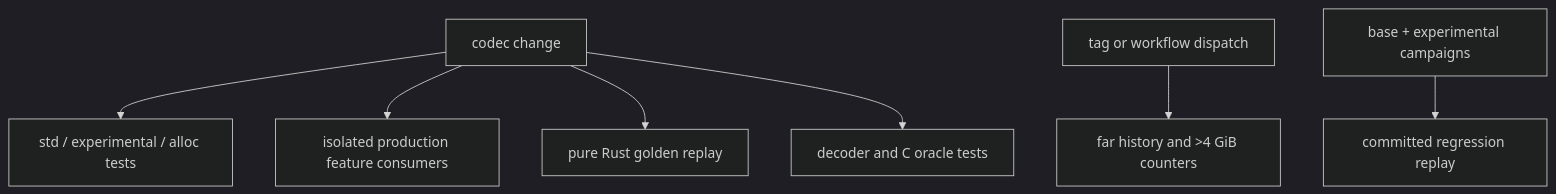
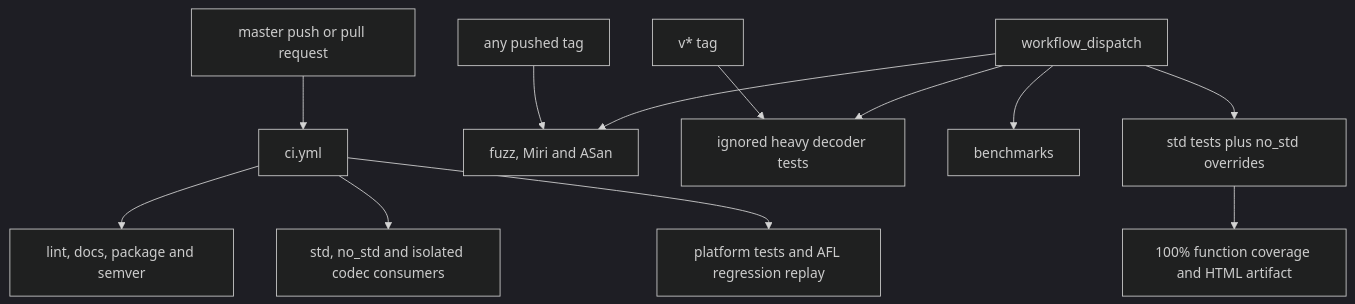
The diagram in architecture/ci.md (Mnwa/mbrotli), drawn with Mermaid (dark theme) before and after one commit. The commit also changed other lines of this file and 172 other files, not shown here.

````diff
--- a/architecture/ci.md
+++ b/architecture/ci.md
@@ -159,9 +19,14 @@
 ```mermaid
-graph TD
-    Change[codec change] --> Matrix[std / experimental / alloc tests]
-    Change --> Gate[isolated production feature consumers]
-    Change --> Miri[pure Rust golden replay]
-    Change --> ASan[decoder and C oracle tests]
-    Release[tag or workflow dispatch] --> Heavy[far history and >4 GiB counters]
-    Fuzz[base + experimental campaigns] --> Registry[committed regression replay]
+flowchart TD
+    Branch[master push or pull request] --> Routine[ci.yml]
+    Routine --> Build[lint, docs, package and semver]
+    Routine --> Features[std, no_std and isolated codec consumers]
+    Routine --> Tests[platform tests and AFL regression replay]
+    Tag[any pushed tag] --> HeavyTools[fuzz, Miri and ASan]
+    Release[v* tag] --> Decoder[ignored heavy decoder tests]
+    Manual[workflow_dispatch] --> HeavyTools
+    Manual --> Decoder
+    Manual --> Bench[benchmarks]
+    Manual --> Coverage[std tests plus no_std overrides]
+    Coverage --> Gate[100% function coverage and HTML artifact]
 ```
````
